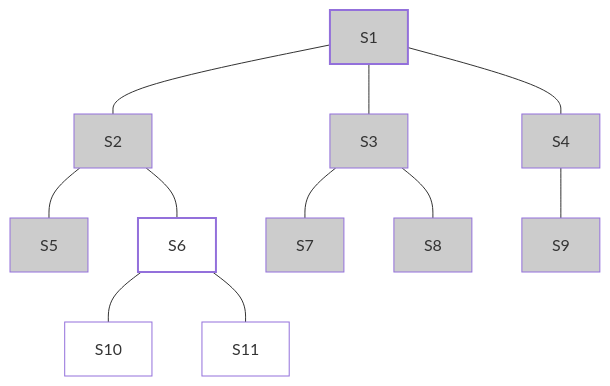
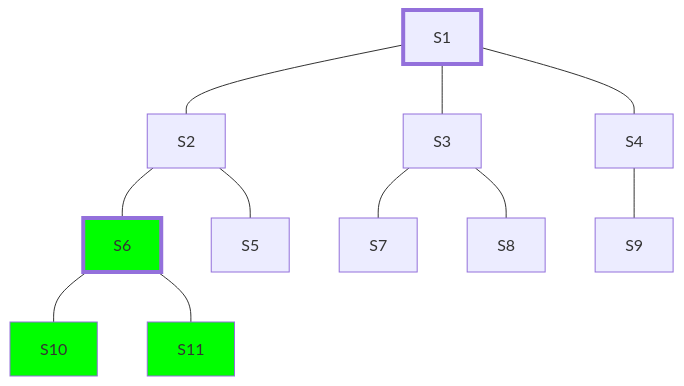
Before and after one commit to nocproject/noc: diagram 13 of 17 in src/en/reference/network-segment.rst, drawn with Mermaid. The commit also changed other lines of this file, not shown here.

```diff
--- a/src/en/reference/network-segment.rst
+++ b/src/en/reference/network-segment.rst
@@ -386,19 +405,17 @@
 .. mermaid::
 
     graph TB
+        style S1 stroke-width:4px
+        style S6 fill:#0f0,stroke-width:4px
+        style S10 fill:#0f0
+        style S11 fill:#0f0
         S1 --- S2
         S1 --- S3
         S1 --- S4
         S2 --- S5
         S2 --- S6
         S3 --- S7
         S3 --- S8
         S4 --- S9
         S6 --- S10
         S6 --- S11
-        classDef vb stroke-width:2px;
-        classDef d1 fill:#ccc;
-        classDef d2 fill:#fff;
-        class S1,S6 vb
-        class S1,S2,S3,S4,S5,S7,S8,S9 d1
-        class S6,S10,S11 d2
```
